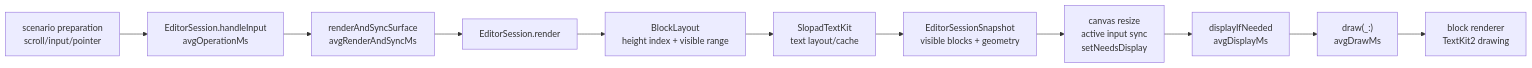
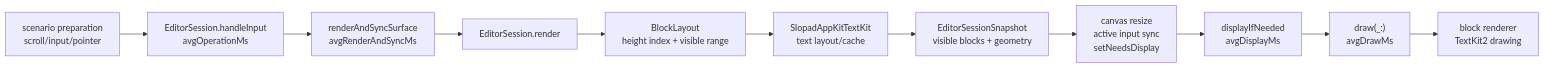
One commit to hot666666/Slopad changed the diagram in docs/APPKIT_UI_BENCHMARK_RESULTS.md. Above: the diagram before and after it, drawn with Mermaid. The commit also changed 26 other files, not shown here.

First line of the commit message:
refactor(textkit): name AppKit backend explicitly

````diff
--- a/docs/APPKIT_UI_BENCHMARK_RESULTS.md
+++ b/docs/APPKIT_UI_BENCHMARK_RESULTS.md
@@ -24,18 +24,18 @@
 ```mermaid
 flowchart LR
     Scenario["scenario preparation<br/>scroll/input/pointer"]
     Operation["EditorSession.handleInput<br/>avgOperationMs"]
     RenderSync["renderAndSyncSurface<br/>avgRenderAndSyncMs"]
     Render["EditorSession.render"]
     Layout["BlockLayout<br/>height index + visible range"]
-    TextLayout["SlopadTextKit<br/>text layout/cache"]
+    TextLayout["SlopadAppKitTextKit<br/>text layout/cache"]
     Snapshot["EditorSessionSnapshot<br/>visible blocks + geometry"]
     Surface["canvas resize<br/>active input sync<br/>setNeedsDisplay"]
     Display["displayIfNeeded<br/>avgDisplayMs"]
     Draw["draw(_:)<br/>avgDrawMs"]
     TextDraw["block renderer<br/>TextKit2 drawing"]
 
     Scenario --> Operation --> RenderSync
     RenderSync --> Render --> Layout --> TextLayout --> Snapshot --> Surface
     Surface --> Display --> Draw --> TextDraw
 ```
````
